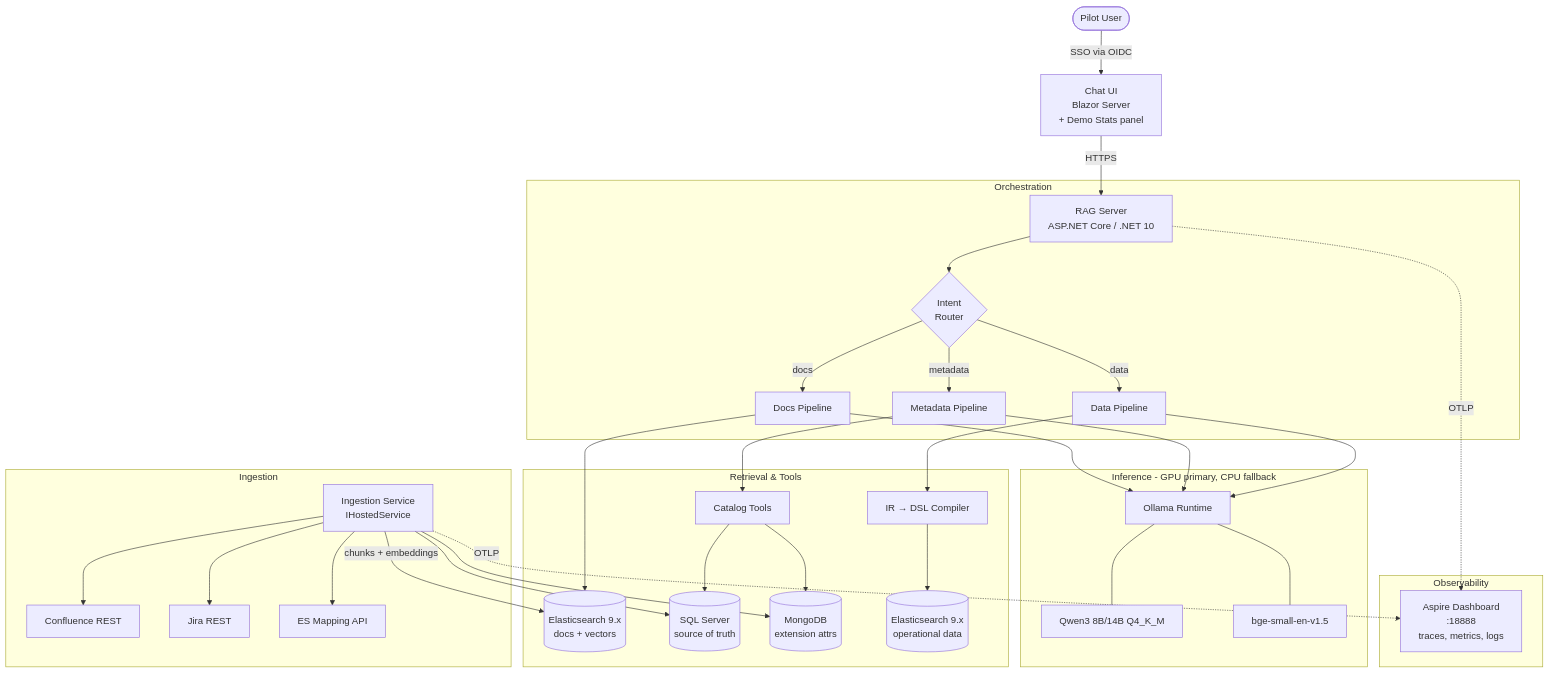
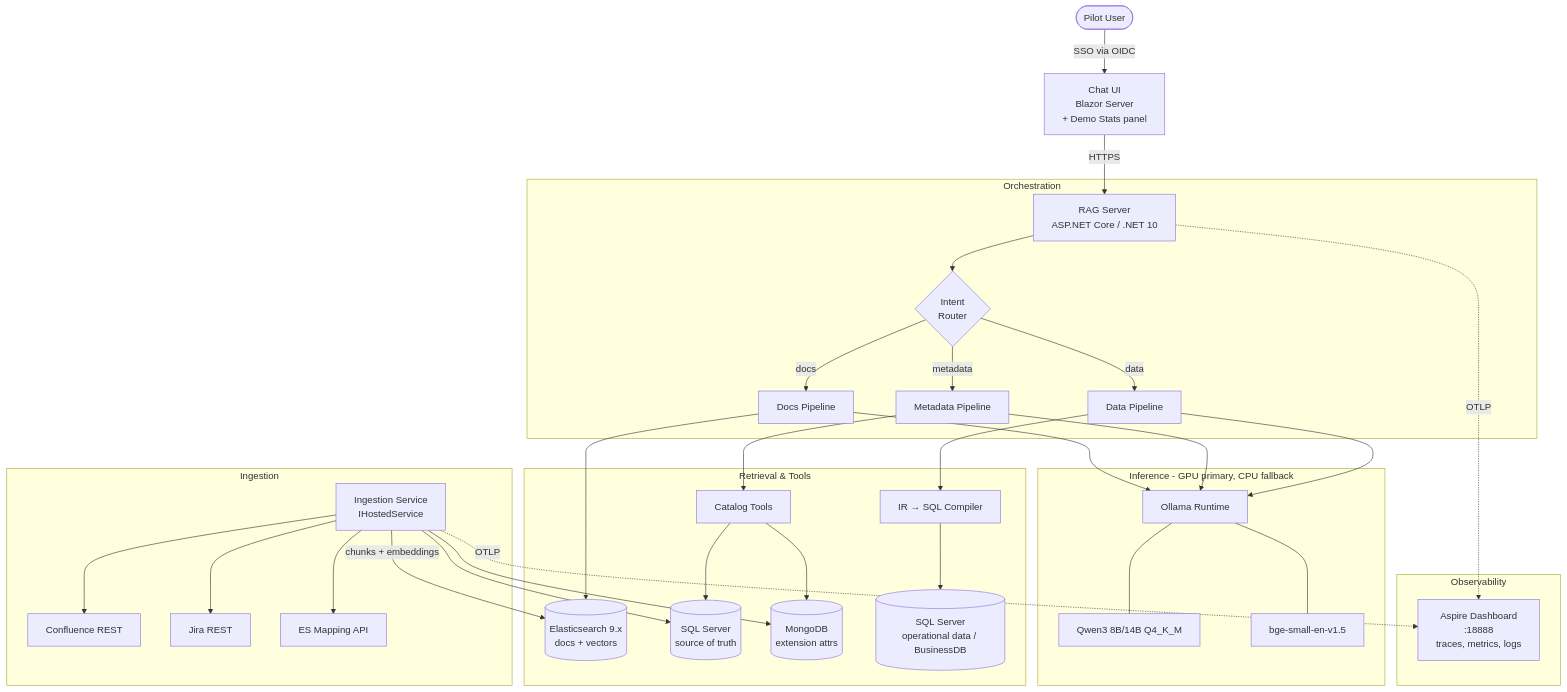
Before and after one commit to tomas-rampas/ollapoc: the first of 6 diagrams in docs/AI-assistant.md, drawn with Mermaid. The commit also changed other lines of this file and 10 other files, not shown here.

````diff
--- a/docs/AI-assistant.md
+++ b/docs/AI-assistant.md
@@ -99,49 +99,49 @@
 ```mermaid
 graph TB
     User([Pilot User]) -->|SSO via OIDC| UI[Chat UI<br/>Blazor Server<br/>+ Demo Stats panel]
     UI -->|HTTPS| API[RAG Server<br/>ASP.NET Core / .NET 10]
 
     subgraph Orchestration
         API --> Router{Intent<br/>Router}
         Router -->|docs| DocFlow[Docs Pipeline]
         Router -->|metadata| MetaFlow[Metadata Pipeline]
         Router -->|data| DataFlow[Data Pipeline]
     end
 
     subgraph Inference[Inference - GPU primary, CPU fallback]
         Ollama[Ollama Runtime]
         Qwen[Qwen3 8B/14B Q4_K_M]
         Embed[bge-small-en-v1.5]
         Ollama --- Qwen
         Ollama --- Embed
     end
 
     DocFlow --> Ollama
     MetaFlow --> Ollama
     DataFlow --> Ollama
 
     subgraph Retrieval & Tools
         DocFlow --> ES[(Elasticsearch 9.x<br/>docs + vectors)]
         MetaFlow --> Catalog[Catalog Tools]
         Catalog --> SQL[(SQL Server<br/>source of truth)]
         Catalog --> Mongo[(MongoDB<br/>extension attrs)]
-        DataFlow --> Compiler[IR → DSL Compiler]
-        Compiler --> ESData[(Elasticsearch 9.x<br/>operational data)]
+        DataFlow --> Compiler[IR → SQL Compiler]
+        Compiler --> SQLData[(SQL Server<br/>operational data / BusinessDB)]
     end
 
     subgraph Ingestion
         Crawler[Ingestion Service<br/>IHostedService]
         Crawler --> Confluence[Confluence REST]
         Crawler --> Jira[Jira REST]
         Crawler --> SQL
         Crawler --> Mongo
         Crawler --> ESMapping[ES Mapping API]
         Crawler -->|chunks + embeddings| ES
     end
 
     subgraph Observability
         Aspire[Aspire Dashboard<br/>:18888<br/>traces, metrics, logs]
         API -.->|OTLP| Aspire
         Crawler -.->|OTLP| Aspire
     end
 ```
````
